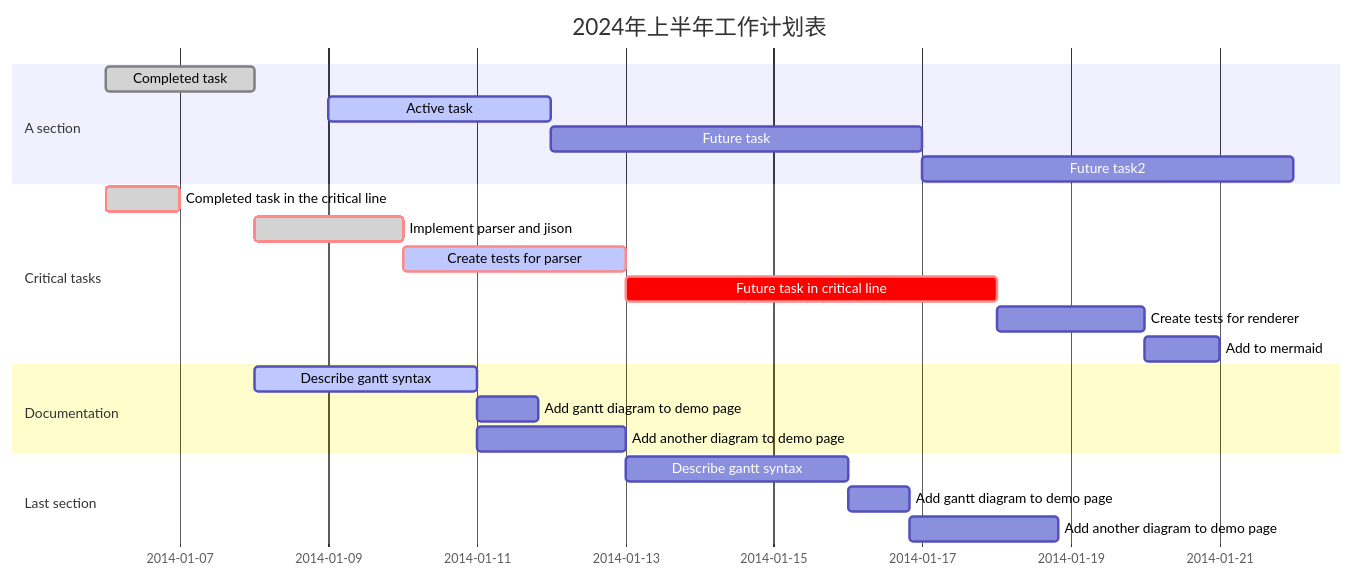
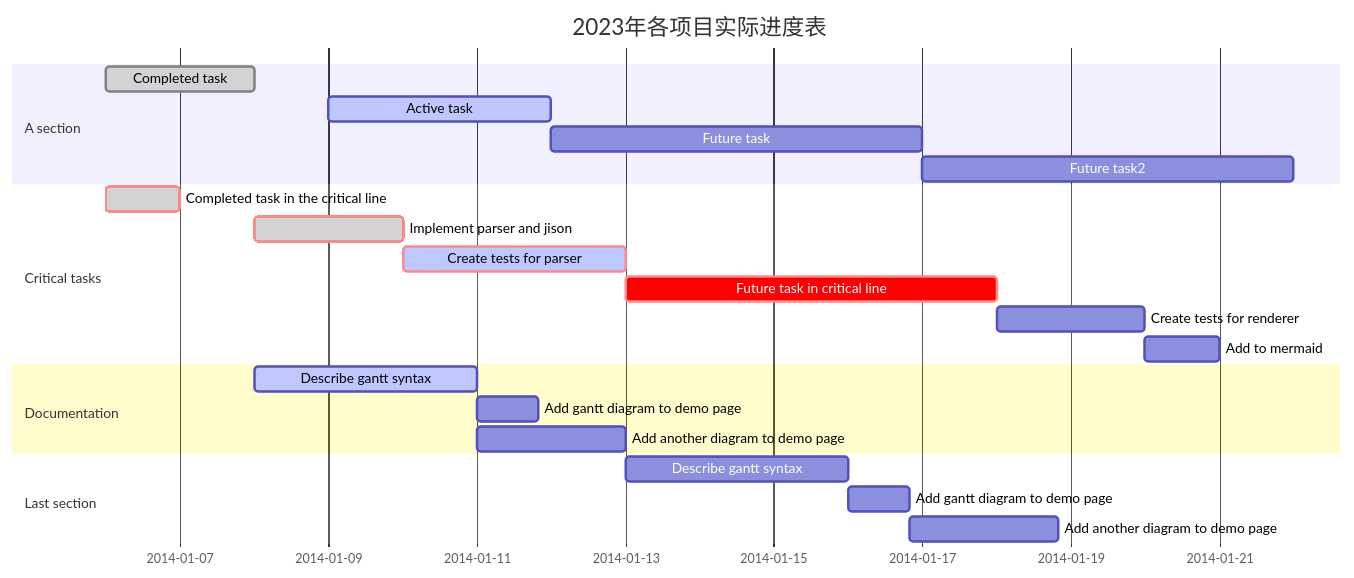
The diagram in blog/category1/gantt_weekly.md (qiao-ze/qiao-ze.github.io), drawn with Mermaid before and after one commit.

````diff
--- a/blog/category1/gantt_weekly.md
+++ b/blog/category1/gantt_weekly.md
@@ -17,28 +17,28 @@
 ```mermaid
  gantt
      dateFormat  YYYY-MM-DD
-     title 2024年上半年工作计划表
+     title 2023年各项目实际进度表
      section A section
      Completed task             :done,    des1, 2014-01-06,2014-01-08
      Active task                :active,  des2, 2014-01-09, 3d
      Future task                :         des3, after des2, 5d
      Future task2               :         des4, after des3, 5d
  
      section Critical tasks
      Completed task in the critical line :crit, done, 2014-01-06,24h
      Implement parser and jison          :crit, done, after des1, 2d
      Create tests for parser             :crit, active, 3d
      Future task in critical line        :crit, 5d
      Create tests for renderer           :2d
      Add to mermaid                      :1d
  
      section Documentation
      Describe gantt syntax               :active, a1, after des1, 3d
      Add gantt diagram to demo page      :after a1  , 20h
      Add another diagram to demo page    :doc1, after a1  , 48h
  
      section Last section
      Describe gantt syntax               :after doc1, 3d
      Add gantt diagram to demo page      : 20h
      Add another diagram to demo page    : 48h
 ```
````
